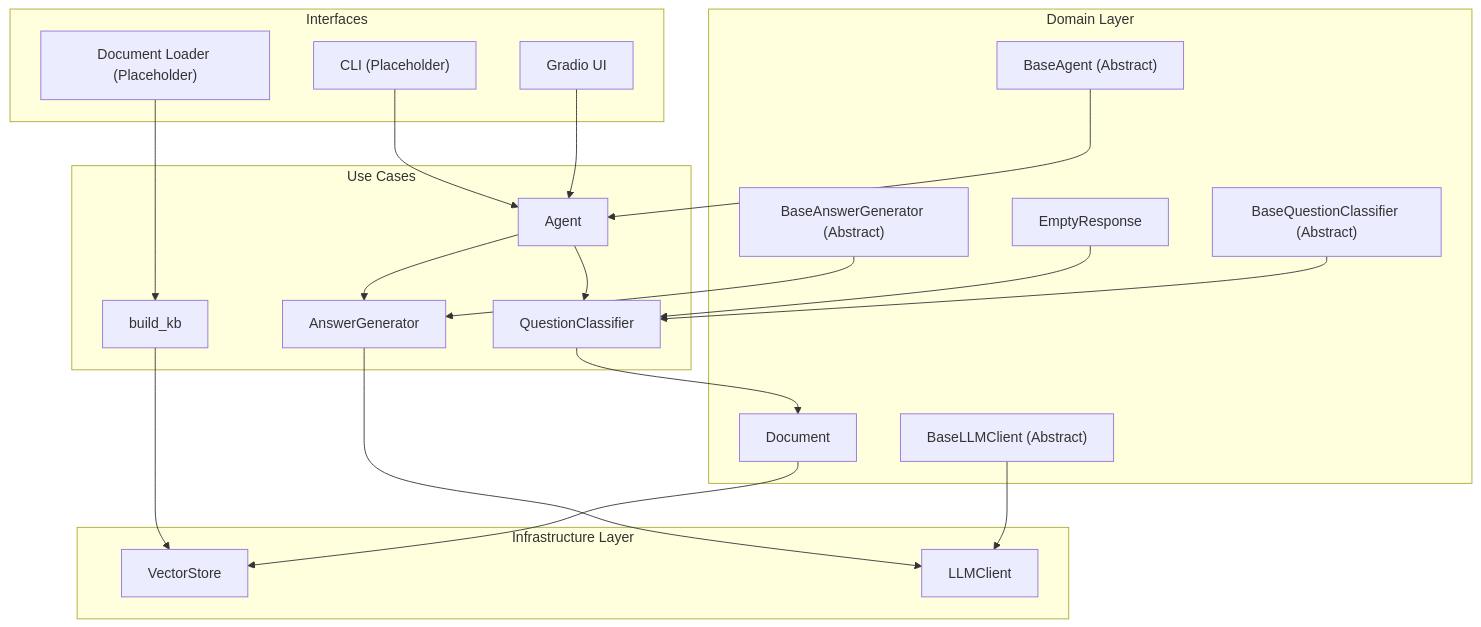
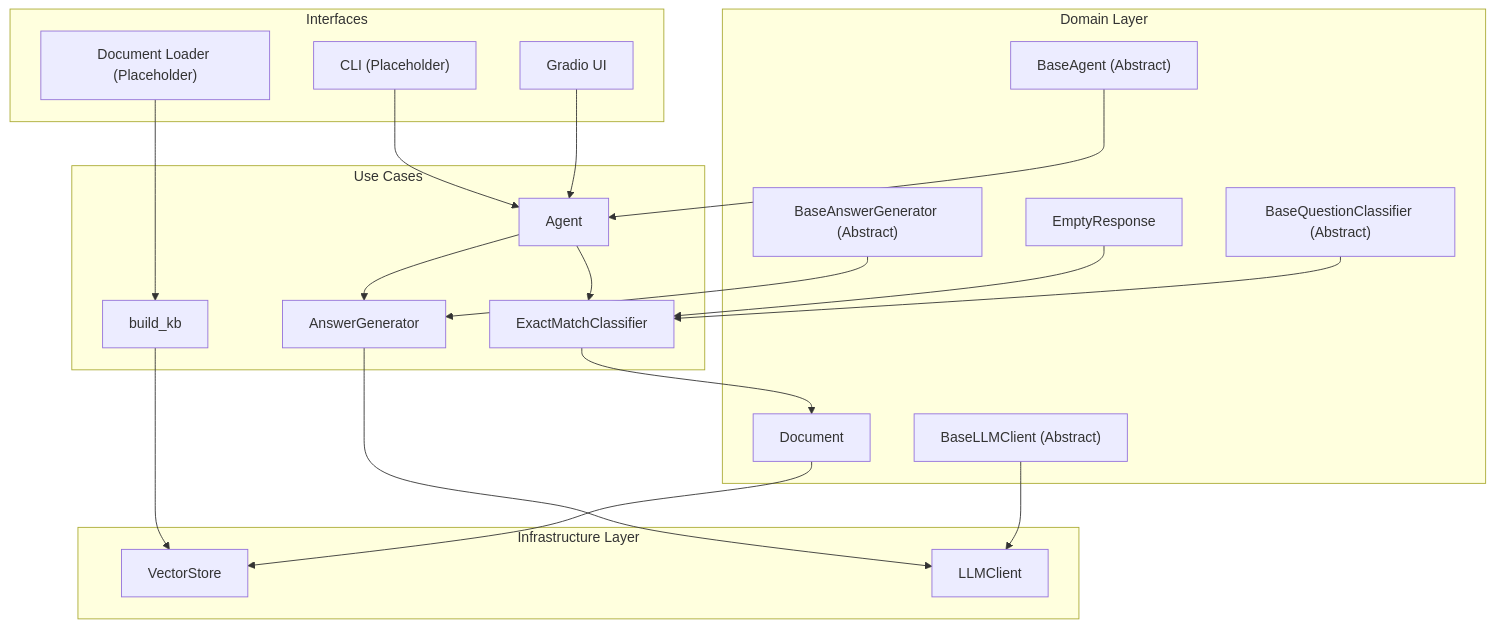
Before and after one commit to Apurro12/QA_gradio: the diagram in docs/architecture.md, drawn with Mermaid. The commit also changed 9 other files, not shown here.

````diff
--- a/docs/architecture.md
+++ b/docs/architecture.md
@@ -3,46 +3,46 @@
 ```mermaid
 graph TD
     subgraph Domain Layer
         BaseAgent["BaseAgent (Abstract)"]
         BaseLLMClient["BaseLLMClient (Abstract)"]
         BaseQuestionClassifier["BaseQuestionClassifier (Abstract)"]
         BaseAnswerGenerator["BaseAnswerGenerator (Abstract)"]
         Document["Document"]
         EmptyResponse["EmptyResponse"]
     end
 
     subgraph Use Cases
         Agent["Agent"]
-        QuestionClassifier["QuestionClassifier"]
+        ExactMatchClassifier["ExactMatchClassifier"]
         AnswerGenerator["AnswerGenerator"]
         BuildKB["build_kb"]
     end
 
     subgraph Infrastructure Layer
         VectorStore["VectorStore"]
         LLMClient["LLMClient"]
     end
 
     subgraph Interfaces
         GradioUI["Gradio UI"]
         CLI["CLI (Placeholder)"]
         DocumentLoader["Document Loader (Placeholder)"]
     end
 
     BaseAgent --> Agent
     BaseLLMClient --> LLMClient
-    BaseQuestionClassifier --> QuestionClassifier
+    BaseQuestionClassifier --> ExactMatchClassifier
     BaseAnswerGenerator --> AnswerGenerator
     Document --> VectorStore
-    EmptyResponse --> QuestionClassifier
+    EmptyResponse --> ExactMatchClassifier
 
-    Agent --> QuestionClassifier
+    Agent --> ExactMatchClassifier
     Agent --> AnswerGenerator
-    QuestionClassifier --> Document
+    ExactMatchClassifier --> Document
     AnswerGenerator --> LLMClient
     BuildKB --> VectorStore
 
     GradioUI --> Agent
     CLI --> Agent
     DocumentLoader --> BuildKB
 ```
````
